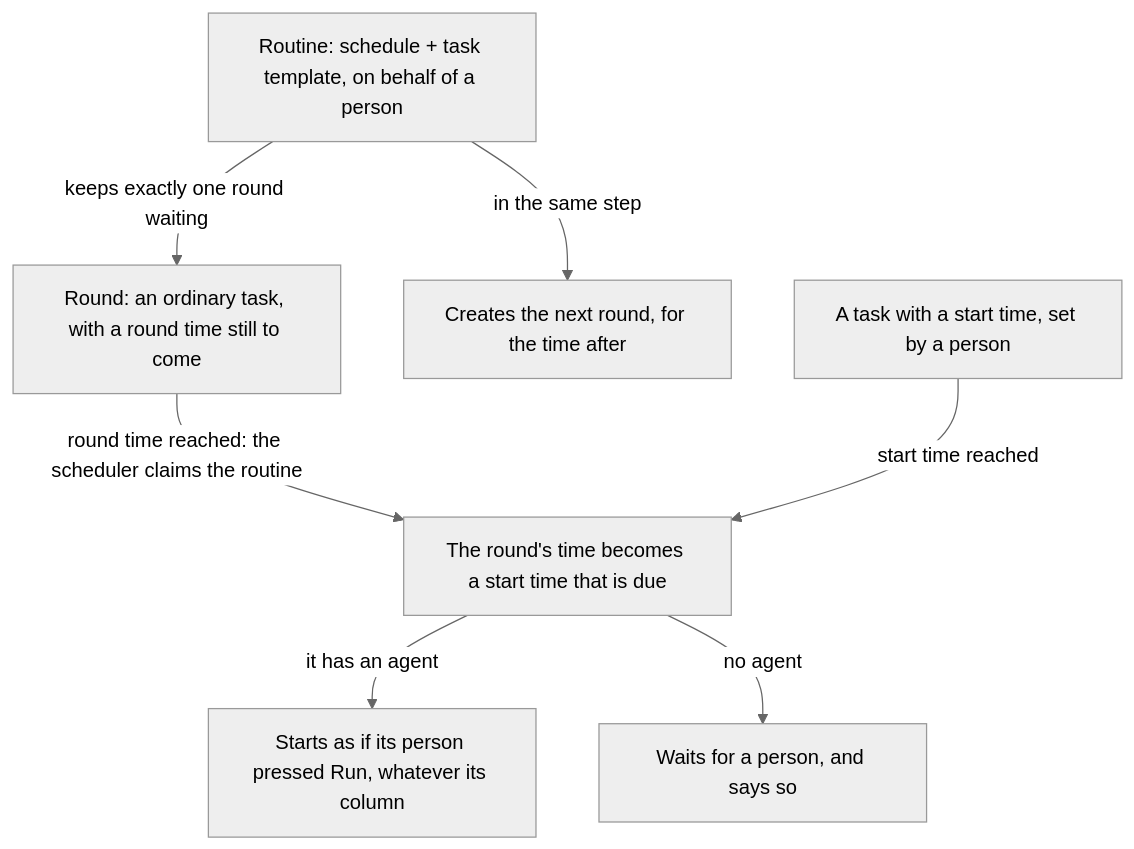
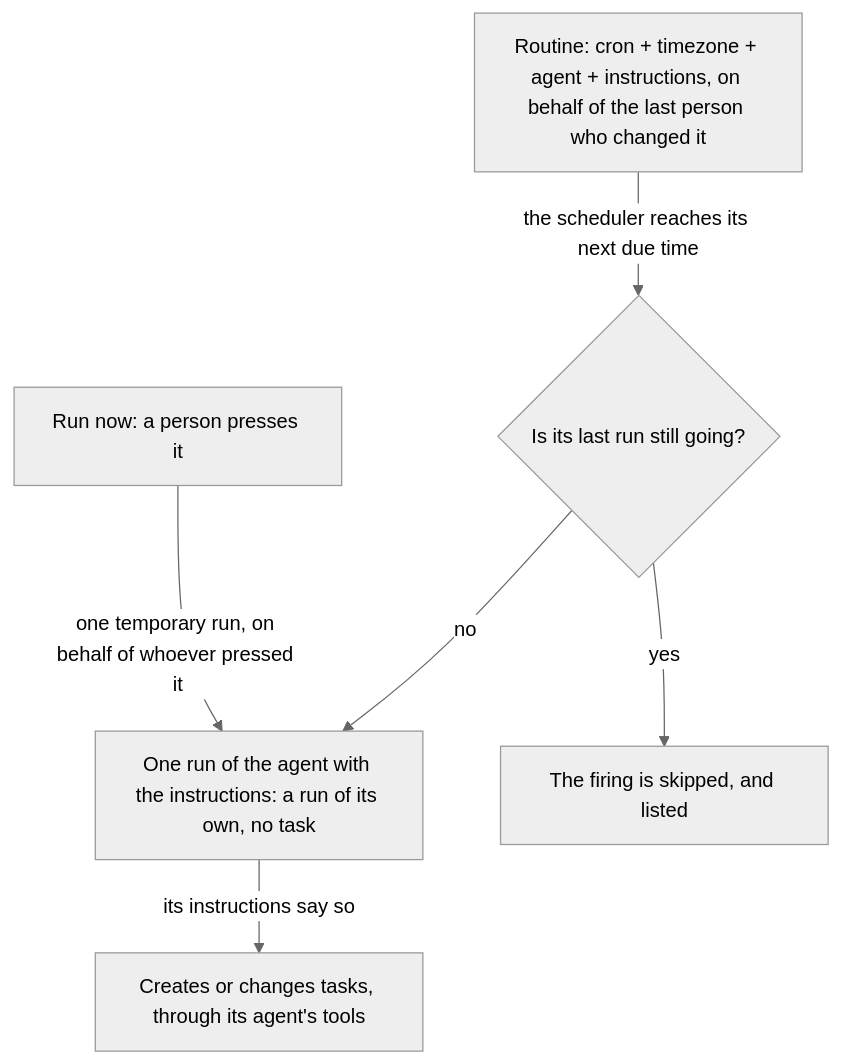
One commit to solution84-com/agenthix changed the diagram in docs/concepts/tasks/routines.md. Above: the diagram before and after it, drawn with Mermaid (neutral theme). The commit also changed other lines of this file and 60 other files, not shown here.

````diff
--- a/docs/concepts/tasks/routines.md
+++ b/docs/concepts/tasks/routines.md
@@ -3,9 +3,9 @@
 ```mermaid
 flowchart TD
-    R["Routine: schedule + task template, on behalf of a person"] -->|"keeps exactly one round waiting"| W["Round: an ordinary task, with a round time still to come"]
-    W -->|"round time reached: the scheduler claims the routine"| S["The round's time becomes a start time that is due"]
-    R -->|"in the same step"| N["Creates the next round, for the time after"]
-    T["A task with a start time, set by a person"] -->|"start time reached"| S
-    S -->|"it has an agent"| RUN["Starts as if its person pressed Run, whatever its column"]
-    S -->|"no agent"| P["Waits for a person, and says so"]
+    R["Routine: cron + timezone + agent + instructions, on behalf of the last person who changed it"]
+    R -->|"the scheduler reaches its next due time"| F{"Is its last run still going?"}
+    F -->|"no"| RUN["One run of the agent with the instructions: a run of its own, no task"]
+    F -->|"yes"| SK["The firing is skipped, and listed"]
+    RUN -->|"its instructions say so"| TK["Creates or changes tasks, through its agent's tools"]
+    NOW["Run now: a person presses it"] -->|"one temporary run, on behalf of whoever pressed it"| RUN
 ```
````
